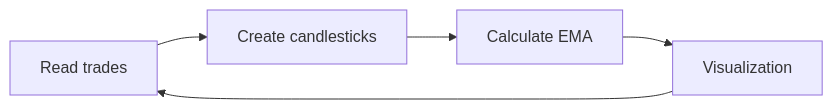
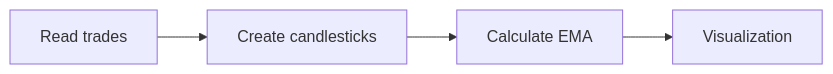
One commit to snowdyDT/cryptocurrency_trading_bot changed the diagram in README.md. Above: the diagram before and after it, drawn with Mermaid.

Commit message:
Refactor README.md

````diff
--- a/README.md
+++ b/README.md
@@ -64,7 +64,6 @@
 ```mermaid
 flowchart LR
     A[Read trades] --> B[Create candlesticks]
     B --> C[Calculate EMA]
     C --> D[Visualization]
-    D --> A
 ```
````
